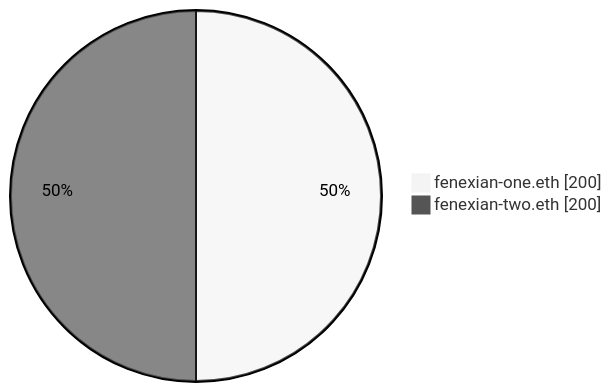
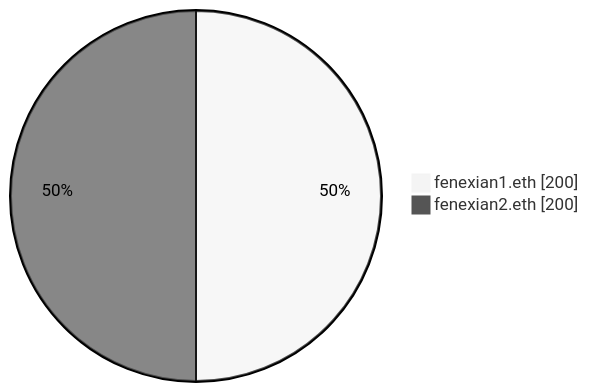
One commit to atomizexyz/litepaper changed the fifth of 5 diagrams in README.md. Above: the diagram before and after it, drawn with Mermaid (neutral theme). The commit also changed other lines of this file and 4 other files, not shown here.

````diff
--- a/README.md
+++ b/README.md
@@ -159,5 +166,5 @@
 ```mermaid
 pie showData
-    "fenexian-one.eth" : 200
-    "fenexian-two.eth" : 200
+    "fenexian1.eth" : 200
+    "fenexian2.eth" : 200
 ```
````
